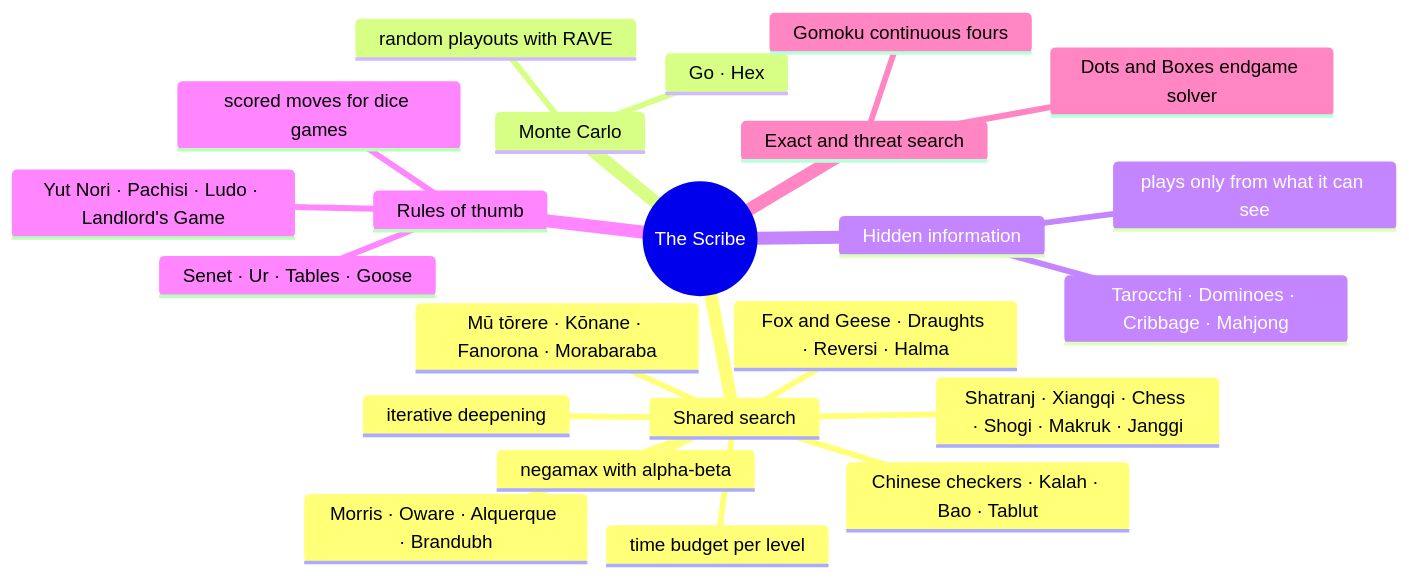
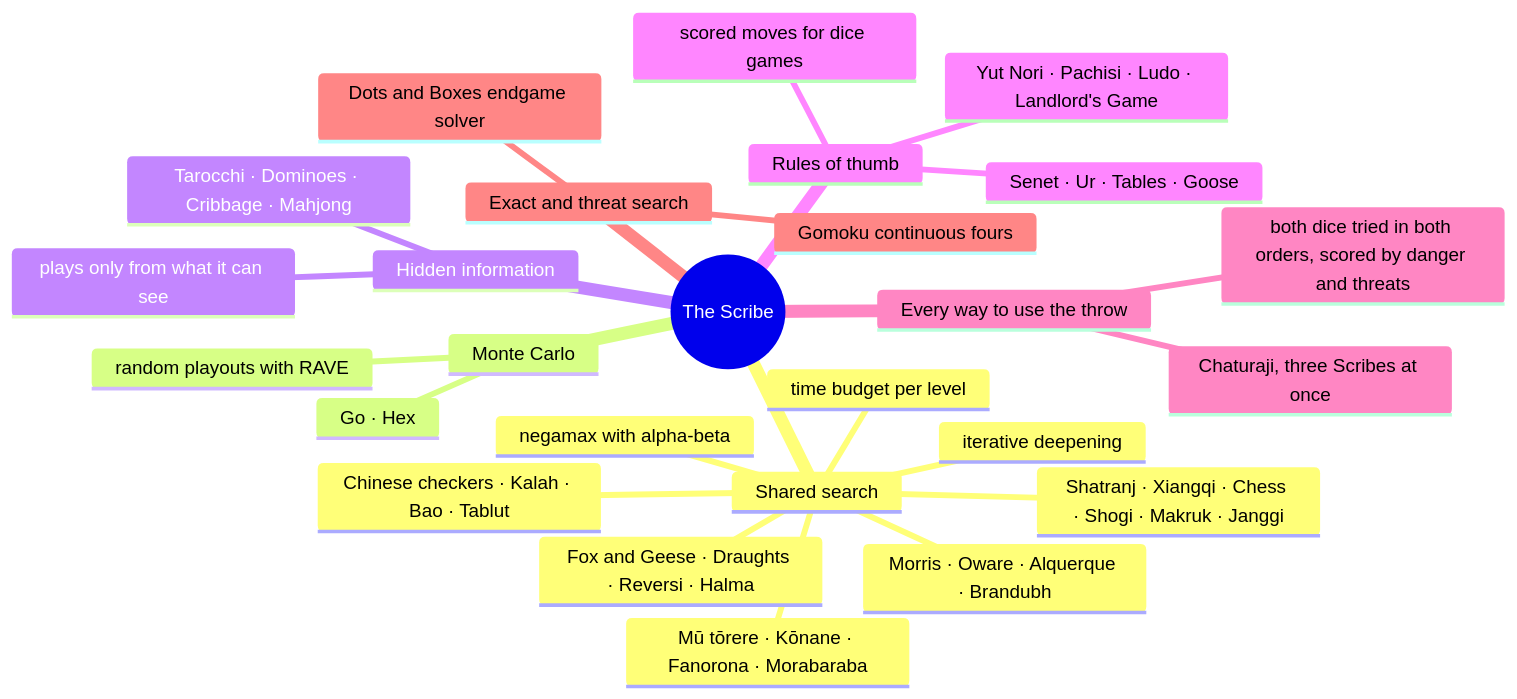
One commit to CptNope/Librarium-Archives changed the first of 3 diagrams in docs/scribe.md. Above: the diagram before and after it, drawn with Mermaid. The commit also changed other lines of this file and 15 other files, not shown here.

First line of the commit message:
Add Chaturaji, chess for four with dice

````diff
--- a/docs/scribe.md
+++ b/docs/scribe.md
@@ -5,26 +5,29 @@
 ```mermaid
 mindmap
   root((The Scribe))
     Shared search
       negamax with alpha-beta
       iterative deepening
       time budget per level
       Morris · Oware · Alquerque · Brandubh
       Shatranj · Xiangqi · Chess · Shogi · Makruk · Janggi
       Fox and Geese · Draughts · Reversi · Halma
       Chinese checkers · Kalah · Bao · Tablut
       Mū tōrere · Kōnane · Fanorona · Morabaraba
     Monte Carlo
       random playouts with RAVE
       Go · Hex
     Hidden information
       plays only from what it can see
       Tarocchi · Dominoes · Cribbage · Mahjong
     Rules of thumb
       scored moves for dice games
       Senet · Ur · Tables · Goose
       Yut Nori · Pachisi · Ludo · Landlord's Game
+    Every way to use the throw
+      both dice tried in both orders, scored by danger and threats
+      Chaturaji, three Scribes at once
     Exact and threat search
       Dots and Boxes endgame solver
       Gomoku continuous fours
 ```
````
